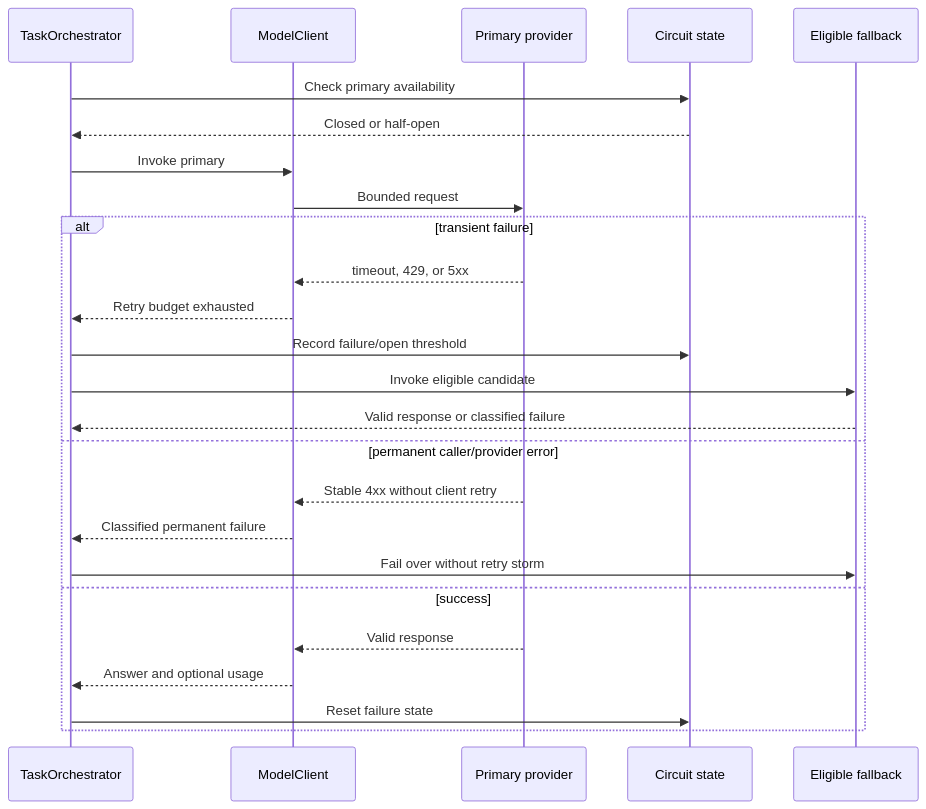
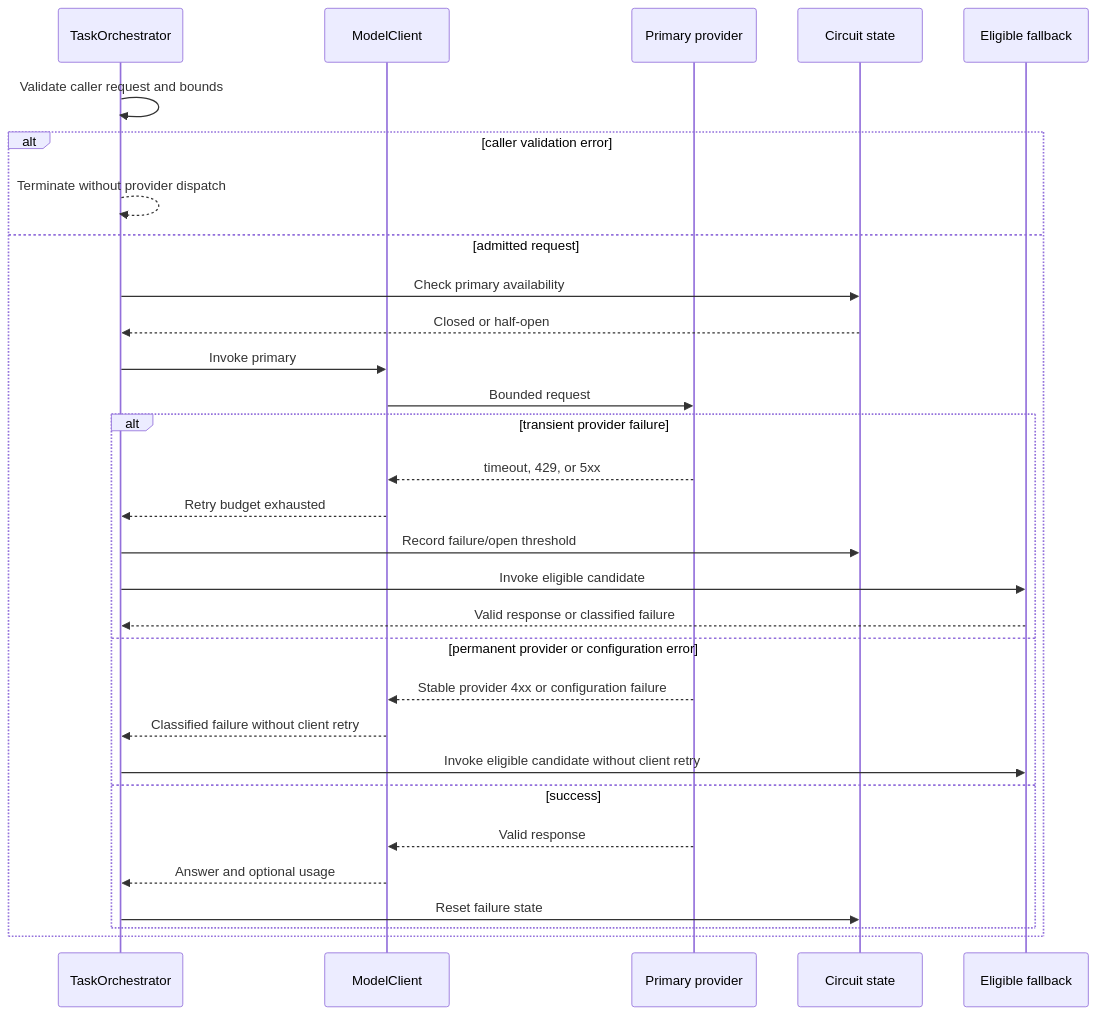
The fifth of 10 diagrams in docs/UML.md (ContextualWisdomLab/contextual-orchestrator), drawn with Mermaid before and after one commit. The commit also changed other lines of this file and 12 other files, not shown here.

````diff
--- a/docs/UML.md
+++ b/docs/UML.md
@@ -122,27 +122,32 @@
 ```mermaid
 sequenceDiagram
     participant Orchestrator as TaskOrchestrator
     participant Client as ModelClient
     participant Primary as Primary provider
     participant Circuit as Circuit state
     participant Fallback as Eligible fallback
-    Orchestrator->>Circuit: Check primary availability
-    Circuit-->>Orchestrator: Closed or half-open
-    Orchestrator->>Client: Invoke primary
-    Client->>Primary: Bounded request
-    alt transient failure
-        Primary-->>Client: timeout, 429, or 5xx
-        Client-->>Orchestrator: Retry budget exhausted
-        Orchestrator->>Circuit: Record failure/open threshold
-        Orchestrator->>Fallback: Invoke eligible candidate
-        Fallback-->>Orchestrator: Valid response or classified failure
-    else permanent caller/provider error
-        Primary-->>Client: Stable 4xx without client retry
-        Client-->>Orchestrator: Classified permanent failure
-        Orchestrator->>Fallback: Fail over without retry storm
-    else success
-        Primary-->>Client: Valid response
-        Client-->>Orchestrator: Answer and optional usage
-        Orchestrator->>Circuit: Reset failure state
+    Orchestrator->>Orchestrator: Validate caller request and bounds
+    alt caller validation error
+        Orchestrator-->>Orchestrator: Terminate without provider dispatch
+    else admitted request
+        Orchestrator->>Circuit: Check primary availability
+        Circuit-->>Orchestrator: Closed or half-open
+        Orchestrator->>Client: Invoke primary
+        Client->>Primary: Bounded request
+        alt transient provider failure
+            Primary-->>Client: timeout, 429, or 5xx
+            Client-->>Orchestrator: Retry budget exhausted
+            Orchestrator->>Circuit: Record failure/open threshold
+            Orchestrator->>Fallback: Invoke eligible candidate
+            Fallback-->>Orchestrator: Valid response or classified failure
+        else permanent provider or configuration error
+            Primary-->>Client: Stable provider 4xx or configuration failure
+            Client-->>Orchestrator: Classified failure without client retry
+            Orchestrator->>Fallback: Invoke eligible candidate without client retry
+        else success
+            Primary-->>Client: Valid response
+            Client-->>Orchestrator: Answer and optional usage
+            Orchestrator->>Circuit: Reset failure state
+        end
     end
 ```
````
